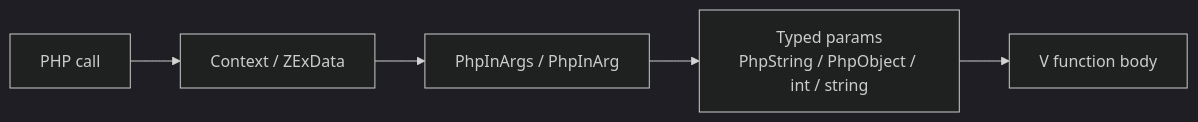
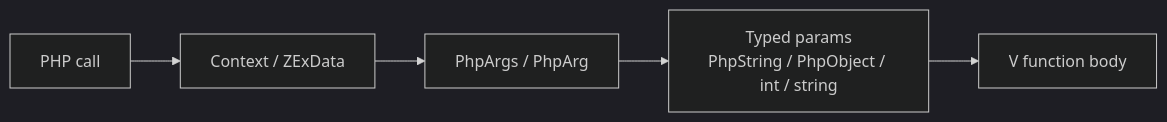
The second of 4 diagrams in vphp/docs/value_layers.md (guweigang/vphpx), drawn with Mermaid (dark theme) before and after one commit. The commit also changed other lines of this file and 7 other files, not shown here.

````diff
--- a/vphp/docs/value_layers.md
+++ b/vphp/docs/value_layers.md
@@ -303,7 +337,7 @@
 ```mermaid
 flowchart LR
     PHP["PHP call"] --> CTX["Context / ZExData"]
-    CTX --> INARGS["PhpInArgs / PhpInArg"]
+    CTX --> INARGS["PhpArgs / PhpArg"]
     INARGS --> SEM["Typed params<br/>PhpString / PhpObject / int / string"]
     SEM --> V["V function body"]
 ```
````
